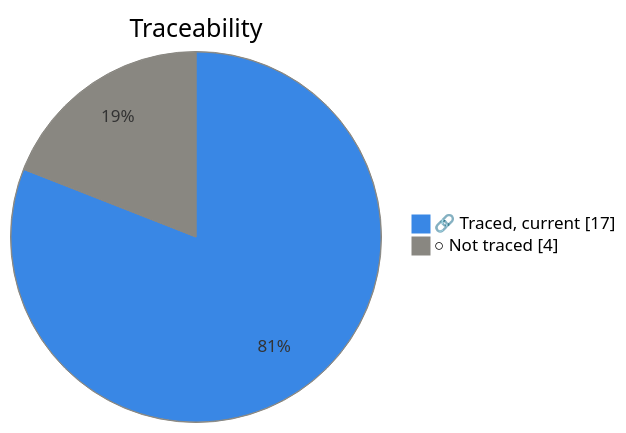
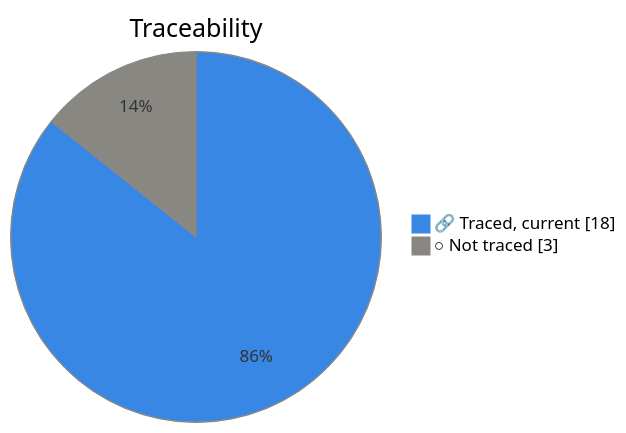
The third of 4 diagrams in specs/product/vault/Dashboard.md (Top-Q/playwright-typescript), drawn with Mermaid before and after one commit. The commit also changed other lines of this file and 19 other files, not shown here.

````diff
--- a/specs/product/vault/Dashboard.md
+++ b/specs/product/vault/Dashboard.md
@@ -55,6 +55,6 @@
 ```mermaid
 %%{init: {"themeVariables":{"pie1":"#3987e5","pie2":"#898781","pieOpacity":"1","pieStrokeColor":"#898781","pieStrokeWidth":"1px","pieOuterStrokeColor":"#898781","pieOuterStrokeWidth":"1px"}}}%%
 pie showData title Traceability
-    "🔗 Traced, current" : 17
-    "○ Not traced" : 4
+    "🔗 Traced, current" : 18
+    "○ Not traced" : 3
 ```
````
